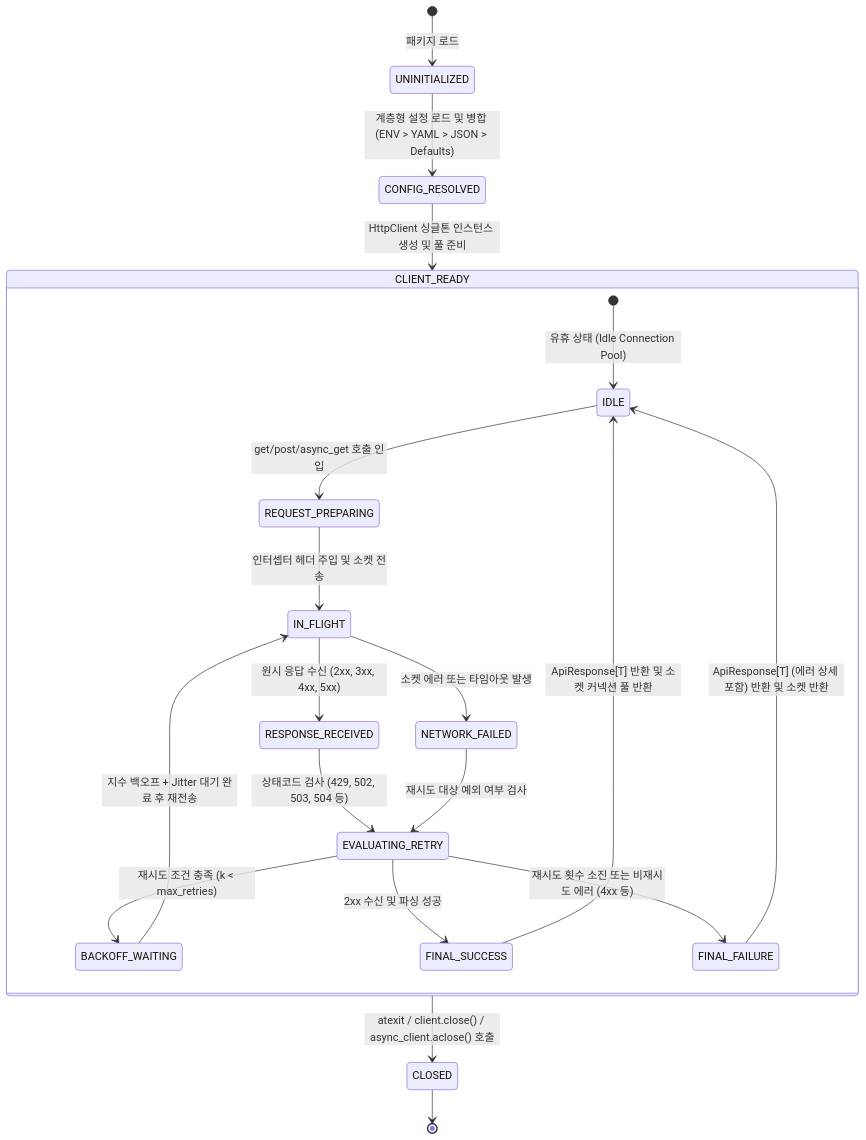
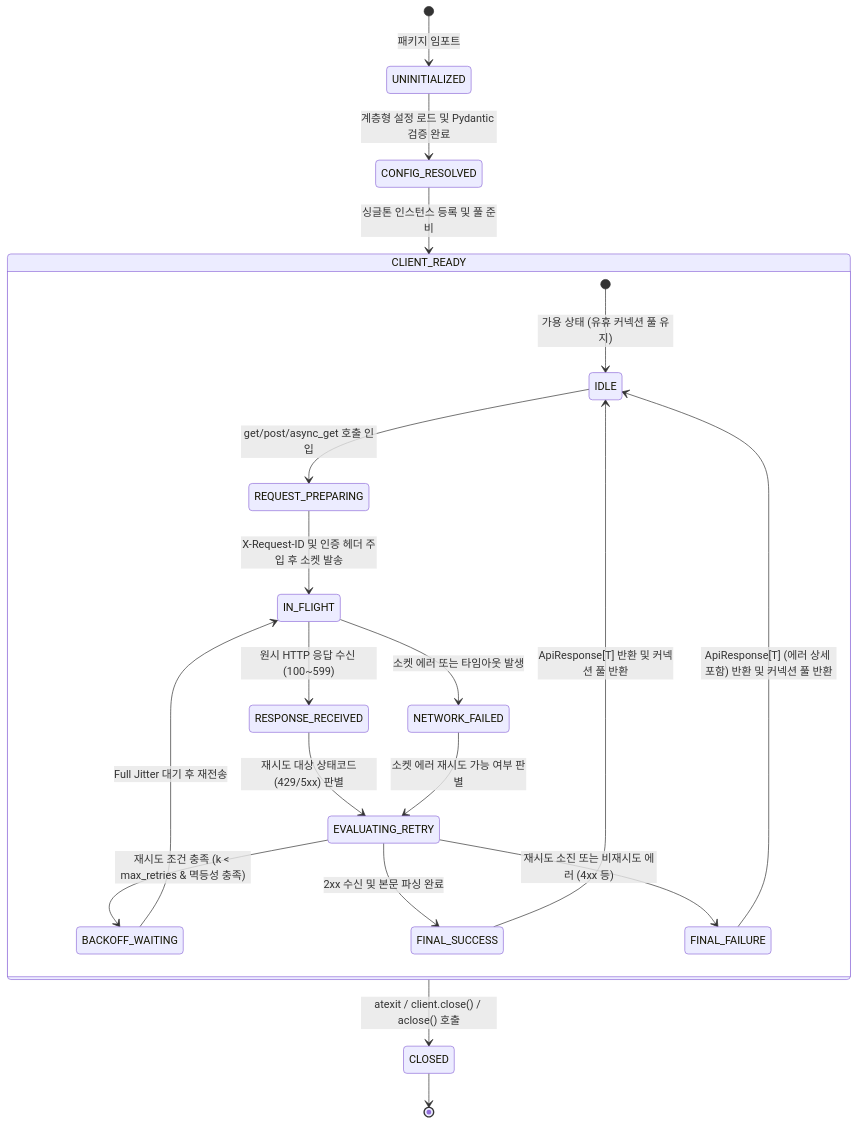
One commit to ozplayground/python-package changed the diagram in docs/courier/spec-writer/03_POLICIES_AND_EDGES.md. Above: the diagram before and after it, drawn with Mermaid. The commit also changed other lines of this file and 53 other files, not shown here.

````diff
--- a/docs/courier/spec-writer/03_POLICIES_AND_EDGES.md
+++ b/docs/courier/spec-writer/03_POLICIES_AND_EDGES.md
@@ -14,29 +14,29 @@
 ```mermaid
 stateDiagram-v2
-    [*] --> UNINITIALIZED: 패키지 로드
-    UNINITIALIZED --> CONFIG_RESOLVED: 계층형 설정 로드 및 병합 (ENV > YAML > JSON > Defaults)
-    CONFIG_RESOLVED --> CLIENT_READY: HttpClient 싱글톤 인스턴스 생성 및 풀 준비
+    [*] --> UNINITIALIZED: 패키지 임포트
+    UNINITIALIZED --> CONFIG_RESOLVED: 계층형 설정 로드 및 Pydantic 검증 완료
+    CONFIG_RESOLVED --> CLIENT_READY: 싱글톤 인스턴스 등록 및 풀 준비
 
     state CLIENT_READY {
-        [*] --> IDLE: 유휴 상태 (Idle Connection Pool)
+        [*] --> IDLE: 가용 상태 (유휴 커넥션 풀 유지)
         IDLE --> REQUEST_PREPARING: get/post/async_get 호출 인입
-        REQUEST_PREPARING --> IN_FLIGHT: 인터셉터 헤더 주입 및 소켓 전송
-        IN_FLIGHT --> RESPONSE_RECEIVED: 원시 응답 수신 (2xx, 3xx, 4xx, 5xx)
+        REQUEST_PREPARING --> IN_FLIGHT: X-Request-ID 및 인증 헤더 주입 후 소켓 발송
+        IN_FLIGHT --> RESPONSE_RECEIVED: 원시 HTTP 응답 수신 (100~599)
         IN_FLIGHT --> NETWORK_FAILED: 소켓 에러 또는 타임아웃 발생
 
-        RESPONSE_RECEIVED --> EVALUATING_RETRY: 상태코드 검사 (429, 502, 503, 504 등)
-        NETWORK_FAILED --> EVALUATING_RETRY: 재시도 대상 예외 여부 검사
+        RESPONSE_RECEIVED --> EVALUATING_RETRY: 재시도 대상 상태코드(429/5xx) 판별
+        NETWORK_FAILED --> EVALUATING_RETRY: 소켓 에러 재시도 가능 여부 판별
 
-        EVALUATING_RETRY --> BACKOFF_WAITING: 재시도 조건 충족 (k < max_retries)
-        BACKOFF_WAITING --> IN_FLIGHT: 지수 백오프 + Jitter 대기 완료 후 재전송
+        EVALUATING_RETRY --> BACKOFF_WAITING: 재시도 조건 충족 (k < max_retries & 멱등성 충족)
+        BACKOFF_WAITING --> IN_FLIGHT: Full Jitter 대기 후 재전송
 
-        EVALUATING_RETRY --> FINAL_SUCCESS: 2xx 수신 및 파싱 성공
-        EVALUATING_RETRY --> FINAL_FAILURE: 재시도 횟수 소진 또는 비재시도 에러 (4xx 등)
+        EVALUATING_RETRY --> FINAL_SUCCESS: 2xx 수신 및 본문 파싱 완료
+        EVALUATING_RETRY --> FINAL_FAILURE: 재시도 소진 또는 비재시도 에러 (4xx 등)
 
-        FINAL_SUCCESS --> IDLE: ApiResponse[T] 반환 및 소켓 커넥션 풀 반환
-        FINAL_FAILURE --> IDLE: ApiResponse[T] (에러 상세 포함) 반환 및 소켓 반환
+        FINAL_SUCCESS --> IDLE: ApiResponse[T] 반환 및 커넥션 풀 반환
+        FINAL_FAILURE --> IDLE: ApiResponse[T] (에러 상세 포함) 반환 및 커넥션 풀 반환
     }
 
-    CLIENT_READY --> CLOSED: atexit / client.close() / async_client.aclose() 호출
+    CLIENT_READY --> CLOSED: atexit / client.close() / aclose() 호출
     CLOSED --> [*]
 ```
````
